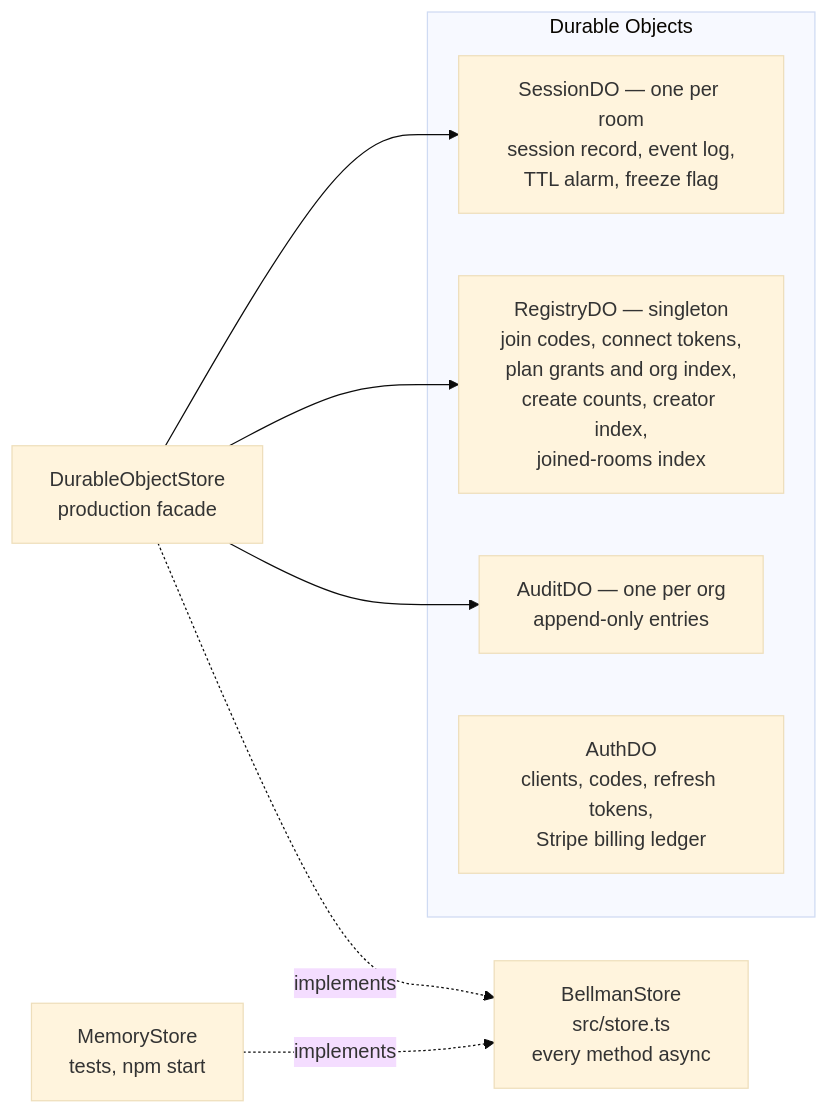
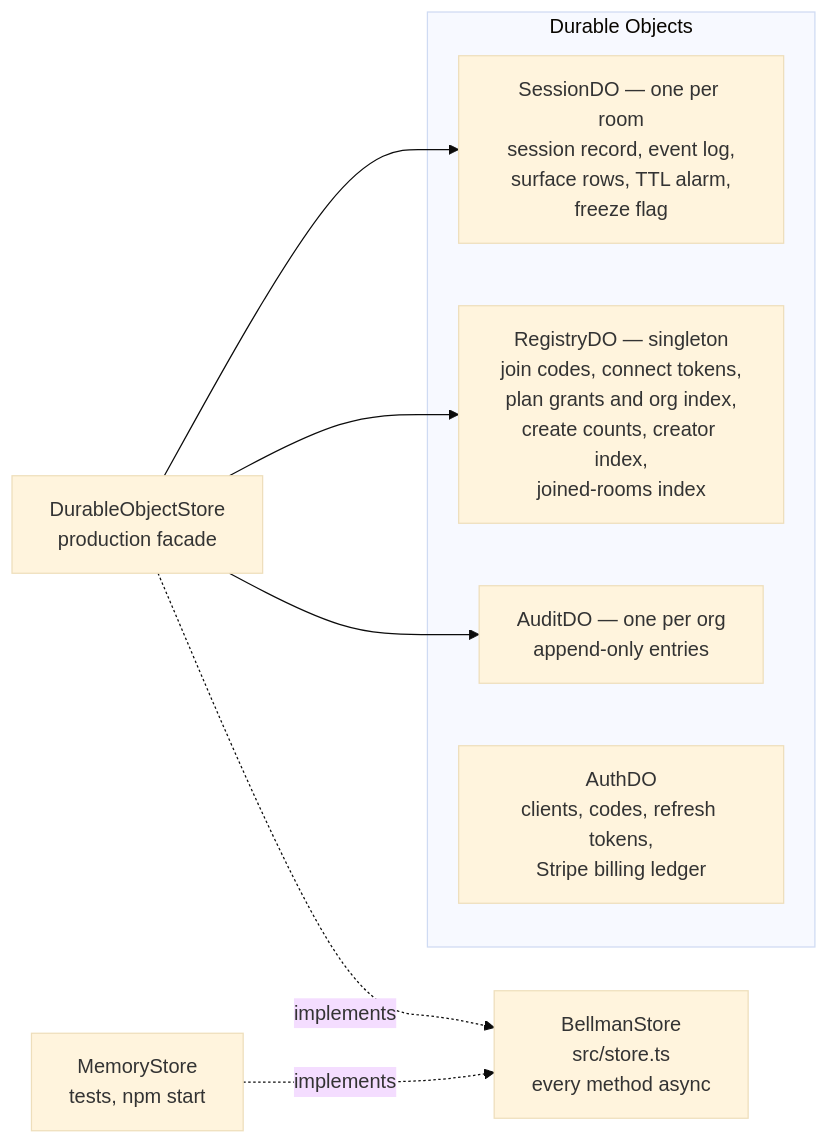
Before and after one commit to bellman-sh/bellman: the fourth of 7 diagrams in docs/ARCHITECTURE.md, drawn with Mermaid (base theme). The commit also changed other lines of this file and 4 other files, not shown here.

First line of the commit message:
Say in the README and the architecture what a room now carries beside its log

````diff
--- a/docs/ARCHITECTURE.md
+++ b/docs/ARCHITECTURE.md
@@ -389,17 +389,17 @@
 ```mermaid
 flowchart LR
     BS["BellmanStore<br/>src/store.ts<br/>every method async"]
     MEM["MemoryStore<br/>tests, npm start"] -.implements.-> BS
     DOS["DurableObjectStore<br/>production facade"] -.implements.-> BS
 
     DOS --> SDO
     DOS --> RDO
     DOS --> ADO
 
     subgraph objects["Durable Objects"]
-        SDO["SessionDO — one per room<br/>session record, event log,<br/>TTL alarm, freeze flag"]
+        SDO["SessionDO — one per room<br/>session record, event log,<br/>surface rows, TTL alarm,<br/>freeze flag"]
         RDO["RegistryDO — singleton<br/>join codes, connect tokens,<br/>plan grants and org index,<br/>create counts, creator index,<br/>joined-rooms index"]
         ADO["AuditDO — one per org<br/>append-only entries"]
         AUTH["AuthDO<br/>clients, codes, refresh tokens,<br/>Stripe billing ledger"]
     end
 ```
````
